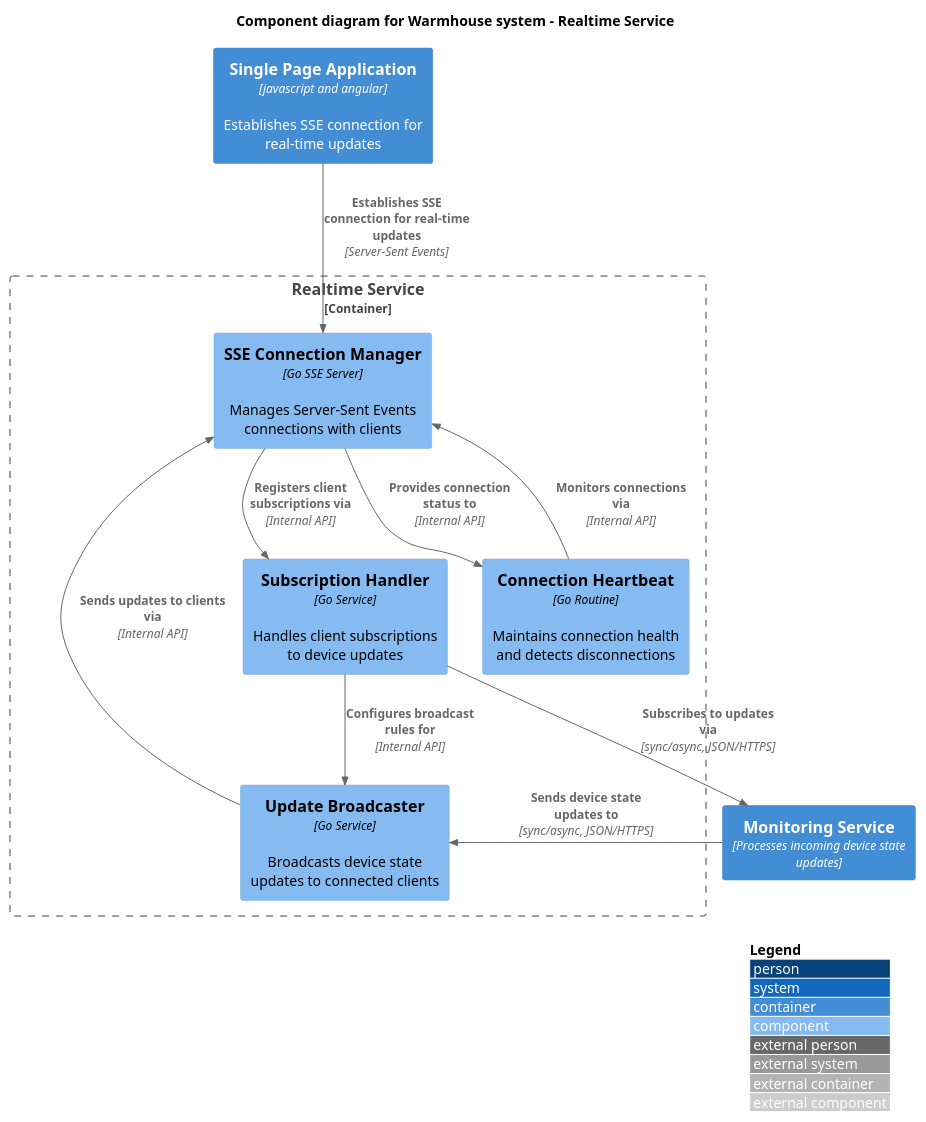
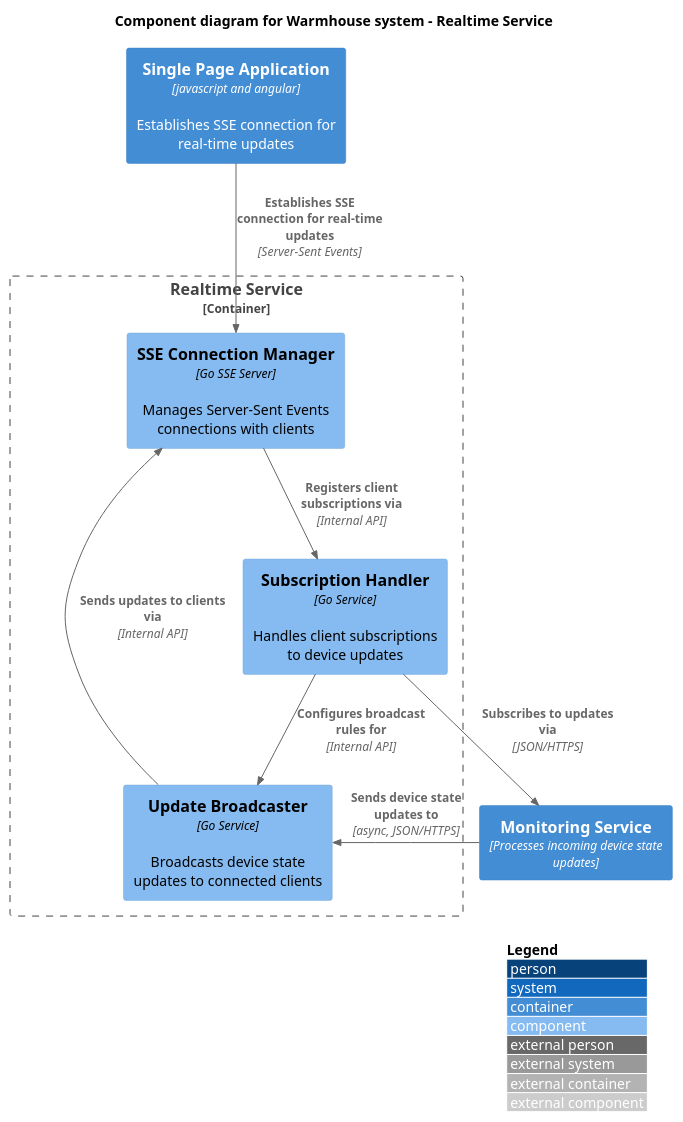
The diagram in diagrams/component/realtime_service.puml (regu1yar/p1-architecture-warmhouse), drawn with PlantUML before and after one commit. The commit also changed 7 other files, not shown here.

Commit message:
Refine component diagrams

```diff
--- a/diagrams/component/realtime_service.puml
+++ b/diagrams/component/realtime_service.puml
@@ -1,30 +1,27 @@
 @startuml
 ' !include https://raw.githubusercontent.com/plantuml-stdlib/C4-PlantUML/master/C4_Component.puml
 ' uncomment the following line and comment the first to use locally
 !include ./C4_Component.puml
 
 LAYOUT_WITH_LEGEND()
 
 title Component diagram for Warmhouse system - Realtime Service
 
 Container(spa, "Single Page Application", "javascript and angular", "Establishes SSE connection for real-time updates")
 Container(monitoring_service, "Monitoring Service", "Processes incoming device state updates")
 
 Container_Boundary(realtime_service, "Realtime Service") {
     Component(sse_connection_manager, "SSE Connection Manager", "Go SSE Server", "Manages Server-Sent Events connections with clients")
     Component(update_broadcaster, "Update Broadcaster", "Go Service", "Broadcasts device state updates to connected clients")
     Component(subscription_handler, "Subscription Handler", "Go Service", "Handles client subscriptions to device updates")
-    Component(connection_heartbeat, "Connection Heartbeat", "Go Routine", "Maintains connection health and detects disconnections")
 
     Rel(sse_connection_manager, subscription_handler, "Registers client subscriptions via", "Internal API")
     Rel(update_broadcaster, sse_connection_manager, "Sends updates to clients via", "Internal API")
     Rel(subscription_handler, update_broadcaster, "Configures broadcast rules for", "Internal API")
-    Rel(connection_heartbeat, sse_connection_manager, "Monitors connections via", "Internal API")
-    Rel(sse_connection_manager, connection_heartbeat, "Provides connection status to", "Internal API")
 }
 
 Rel(spa, sse_connection_manager, "Establishes SSE connection for real-time updates", "Server-Sent Events")
-Rel(monitoring_service, update_broadcaster, "Sends device state updates to", "sync/async, JSON/HTTPS")
-Rel(subscription_handler, monitoring_service, "Subscribes to updates via", "sync/async, JSON/HTTPS")
+Rel(monitoring_service, update_broadcaster, "Sends device state updates to", "async, JSON/HTTPS")
+Rel(subscription_handler, monitoring_service, "Subscribes to updates via", "JSON/HTTPS")
 
 @enduml
```
